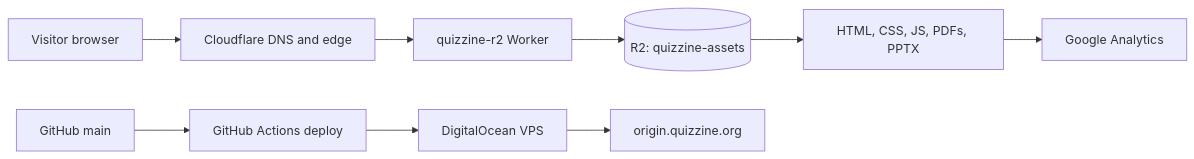
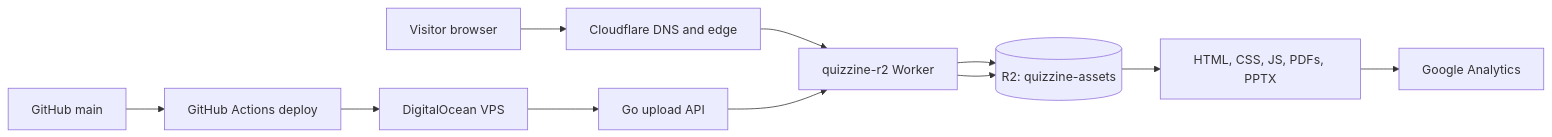
One commit to mohantyabhijit/quizzine changed the diagram in README.md. Above: the diagram before and after it, drawn with Mermaid. The commit also changed other lines of this file and 4 other files, not shown here.

````diff
--- a/README.md
+++ b/README.md
@@ -16,12 +16,14 @@
 ```mermaid
 flowchart LR
   Visitor[Visitor browser] --> DNS[Cloudflare DNS and edge]
   DNS --> Worker[quizzine-r2 Worker]
   Worker --> R2[(R2: quizzine-assets)]
   R2 --> Site[HTML, CSS, JS, PDFs, PPTX]
   Site --> GA[Google Analytics]
 
   GitHub[GitHub main] --> Actions[GitHub Actions deploy]
   Actions --> VPS[DigitalOcean VPS]
-  VPS --> Origin[origin.quizzine.org]
+  VPS --> API[Go upload API]
+  API --> Worker
+  Worker --> R2
 ```
````
